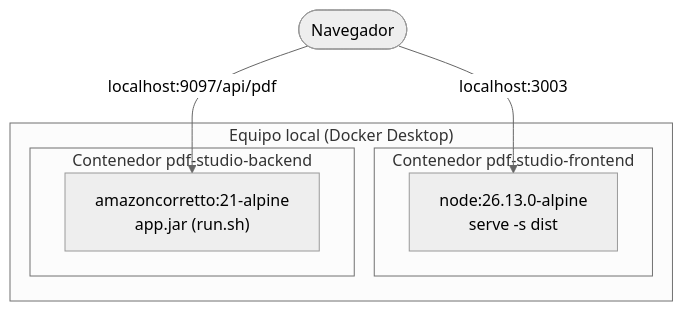
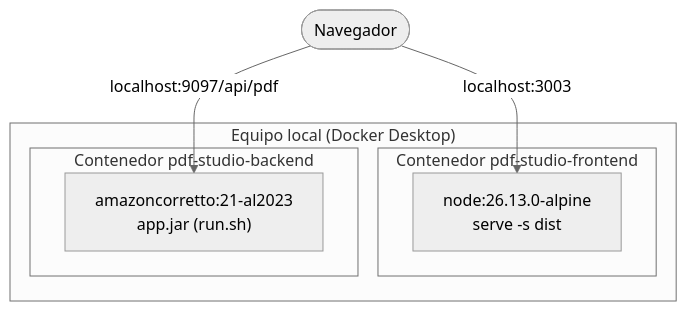
Before and after one commit to programming0026/pdf-converter: the second of 6 diagrams in README.md, drawn with Mermaid (neutral theme). The commit also changed other lines of this file and 11 other files, not shown here.

````diff
--- a/README.md
+++ b/README.md
@@ -65,13 +65,13 @@
 ```mermaid
 flowchart TB
     subgraph Host["Equipo local (Docker Desktop)"]
         subgraph C1["Contenedor pdf-studio-frontend"]
             N["node:26.13.0-alpine<br/>serve -s dist"]
         end
         subgraph C2["Contenedor pdf-studio-backend"]
-            J["amazoncorretto:21-alpine<br/>app.jar (run.sh)"]
+            J["amazoncorretto:21-al2023<br/>app.jar (run.sh)"]
         end
     end
     B([Navegador]) -- "localhost:3003" --> N
     B -- "localhost:9097/api/pdf" --> J
 ```
````
